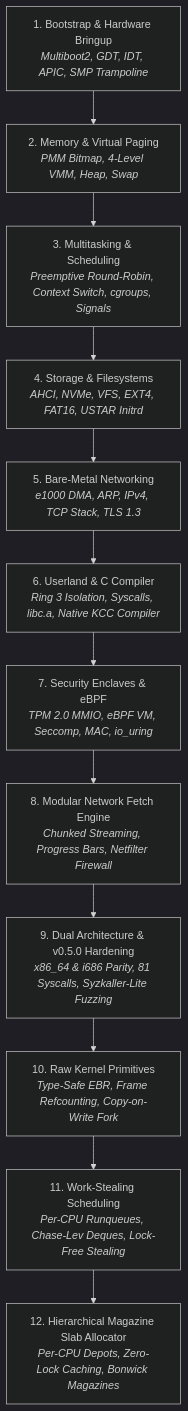
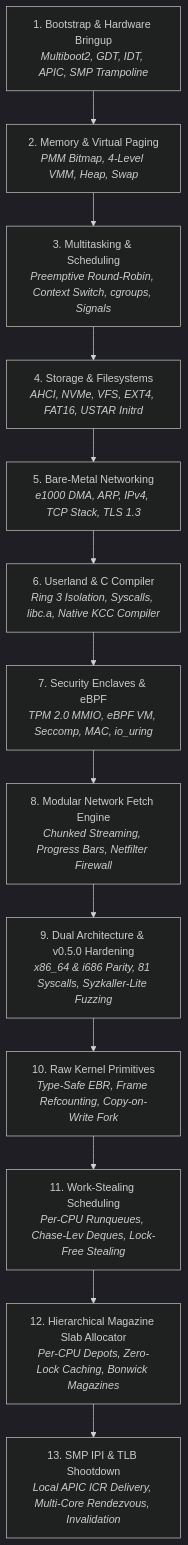
One commit to mrvlous/keira changed the diagram in docs/journey/README.md. Above: the diagram before and after it, drawn with Mermaid (dark theme). The commit also changed other lines of this file and 3 other files, not shown here.

Commit message:
docs(smp): document Milestone 13 IPI framework and cross-core TLB shootdown architecture

````diff
--- a/docs/journey/README.md
+++ b/docs/journey/README.md
@@ -11,14 +11,15 @@
 ```mermaid
 graph TD
     M1["1. Bootstrap & Hardware Bringup<br/><i>Multiboot2, GDT, IDT, APIC, SMP Trampoline</i>"] --> M2["2. Memory & Virtual Paging<br/><i>PMM Bitmap, 4-Level VMM, Heap, Swap</i>"]
     M2 --> M3["3. Multitasking & Scheduling<br/><i>Preemptive Round-Robin, Context Switch, cgroups, Signals</i>"]
     M3 --> M4["4. Storage & Filesystems<br/><i>AHCI, NVMe, VFS, EXT4, FAT16, USTAR Initrd</i>"]
     M4 --> M5["5. Bare-Metal Networking<br/><i>e1000 DMA, ARP, IPv4, TCP Stack, TLS 1.3</i>"]
     M5 --> M6["6. Userland & C Compiler<br/><i>Ring 3 Isolation, Syscalls, libc.a, Native KCC Compiler</i>"]
     M6 --> M7["7. Security Enclaves & eBPF<br/><i>TPM 2.0 MMIO, eBPF VM, Seccomp, MAC, io_uring</i>"]
     M7 --> M8["8. Modular Network Fetch Engine<br/><i>Chunked Streaming, Progress Bars, Netfilter Firewall</i>"]
     M8 --> M9["9. Dual Architecture & v0.5.0 Hardening<br/><i>x86_64 & i686 Parity, 81 Syscalls, Syzkaller-Lite Fuzzing</i>"]
     M9 --> M10["10. Raw Kernel Primitives<br/><i>Type-Safe EBR, Frame Refcounting, Copy-on-Write Fork</i>"]
     M10 --> M11["11. Work-Stealing Scheduling<br/><i>Per-CPU Runqueues, Chase-Lev Deques, Lock-Free Stealing</i>"]
     M11 --> M12["12. Hierarchical Magazine Slab Allocator<br/><i>Per-CPU Depots, Zero-Lock Caching, Bonwick Magazines</i>"]
+    M12 --> M13["13. SMP IPI & TLB Shootdown<br/><i>Local APIC ICR Delivery, Multi-Core Rendezvous, Invalidation</i>"]
 ```
````
